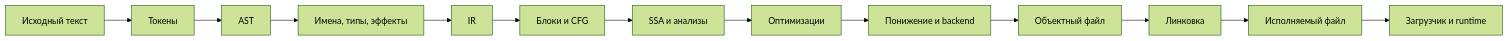
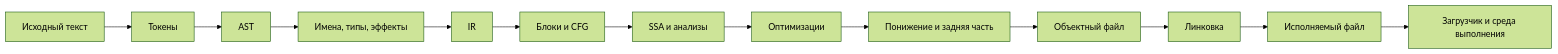
Before and after one commit to Misha1302/Middle-end-compiler-cource: the diagram in docs/modules/01-pipeline-and-diagnostic.md, drawn with Mermaid (forest theme). The commit also changed other lines of this file and 35 other files, not shown here.

````diff
--- a/docs/modules/01-pipeline-and-diagnostic.md
+++ b/docs/modules/01-pipeline-and-diagnostic.md
@@ -33,15 +33,15 @@
 ```mermaid
 flowchart LR
   S[Исходный текст] --> T[Токены]
   T --> AST[AST]
   AST --> SEM[Имена, типы, эффекты]
   SEM --> IR[IR]
   IR --> CFG[Блоки и CFG]
   CFG --> SSA[SSA и анализы]
   SSA --> OPT[Оптимизации]
-  OPT --> LOW[Понижение и backend]
+  OPT --> LOW[Понижение и задняя часть]
   LOW --> OBJ[Объектный файл]
   OBJ --> LINK[Линковка]
   LINK --> EXE[Исполняемый файл]
-  EXE --> RUN[Загрузчик и runtime]
+  EXE --> RUN[Загрузчик и среда выполнения]
 ```
````
